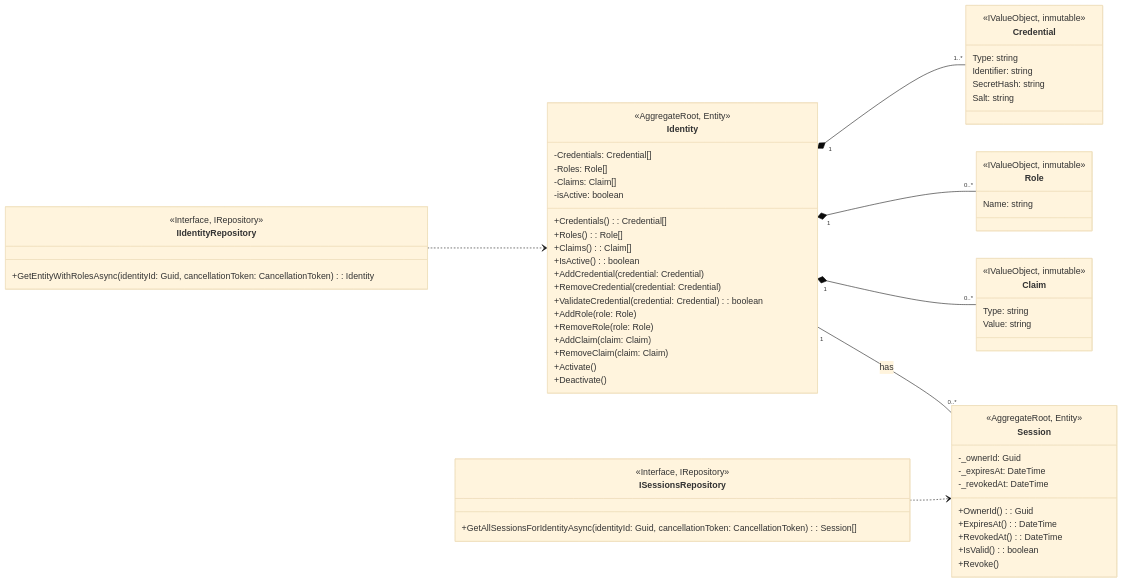
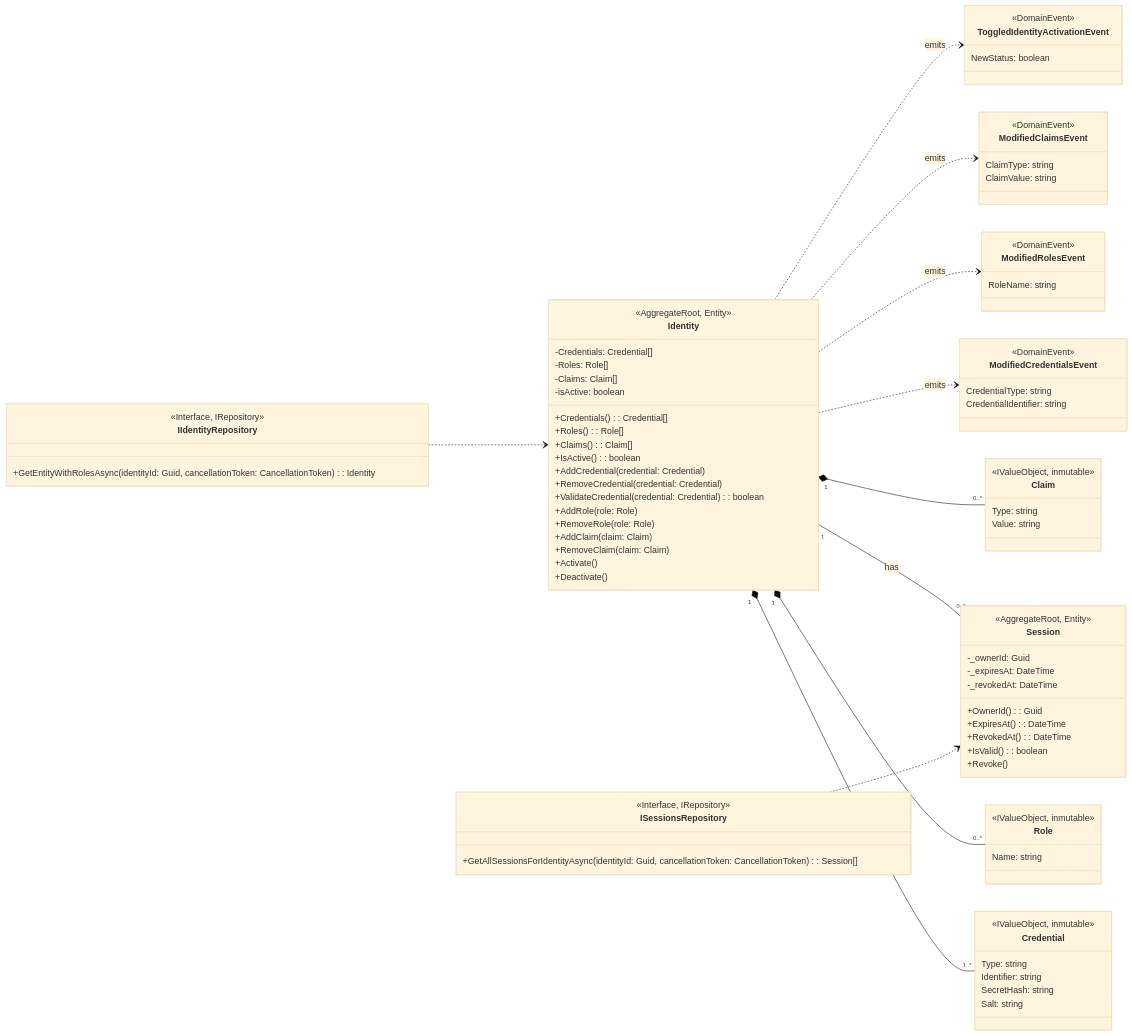
The diagram in docs/domain/domain.mmd (rogerrocaarano/AuthService), drawn with Mermaid (base theme) before and after one commit. The commit also changed 1 other file, not shown here.

Commit message:
docs: add domain events for identity modifications in domain model

```diff
--- a/docs/domain/domain.mmd
+++ b/docs/domain/domain.mmd
@@ -1,75 +1,101 @@
 classDiagram
     direction LR
     class Identity {
         <<AggregateRoot, Entity>>
         %% Attributes
         -Credentials: Credential[]
         -Roles: Role[]
         -Claims: Claim[]
         -isActive: boolean
         %% Public getters
         +Credentials(): Credential[]
         +Roles(): Role[]
         +Claims(): Claim[]
         +IsActive(): boolean
         %% Methods
         +AddCredential(credential: Credential)
         +RemoveCredential(credential: Credential)
         +ValidateCredential(credential: Credential): boolean
         +AddRole(role: Role)
         +RemoveRole(role: Role)
         +AddClaim(claim: Claim)
         +RemoveClaim(claim: Claim)
         +Activate()
         +Deactivate()
     }
     Identity "1" *-- "1..*" Credential
     Identity "1" *-- "0..*" Role
     Identity "1" *-- "0..*" Claim
     Identity "1" -- "0..*" Session : has
+    Identity ..> ModifiedCredentialsEvent: emits
+    Identity ..> ModifiedRolesEvent: emits
+    Identity ..> ModifiedClaimsEvent: emits
+    Identity ..> ToggledIdentityActivationEvent: emits
+
+    class ModifiedCredentialsEvent {
+        <<DomainEvent>>
+        CredentialType: string
+        CredentialIdentifier: string
+    }
+
+    class ModifiedRolesEvent {
+        <<DomainEvent>>
+        RoleName: string
+    }
+
+    class ModifiedClaimsEvent {
+        <<DomainEvent>>
+        ClaimType: string
+        ClaimValue: string
+    }
+
+    class ToggledIdentityActivationEvent {
+        <<DomainEvent>>
+        NewStatus: boolean
+    }
 
     class Credential {
         <<IValueObject, inmutable>>
         Type: string
         Identifier: string
         SecretHash: string
         Salt: string
     }
 
     class Claim {
         <<IValueObject, inmutable>>
         Type: string
         Value: string
     }
 
     class Role {
         <<IValueObject, inmutable>>
         Name: string
     }
 
     class Session {
         <<AggregateRoot, Entity>>
         %% Attributes
         -_ownerId: Guid
         -_expiresAt: DateTime
         -_revokedAt: DateTime
         %% Public getters
         +OwnerId(): Guid
         +ExpiresAt(): DateTime
         +RevokedAt(): DateTime
         %% Methods
         +IsValid(): boolean
         +Revoke()
     }
 
     class IIdentityRepository {
         <<Interface, IRepository>>
         +GetEntityWithRolesAsync(identityId: Guid, cancellationToken: CancellationToken): Identity
     }
     IIdentityRepository ..> Identity
 
     class ISessionsRepository {
         <<Interface, IRepository>>
         +GetAllSessionsForIdentityAsync(identityId: Guid, cancellationToken: CancellationToken): Session[]
     }
     ISessionsRepository ..> Session
```
